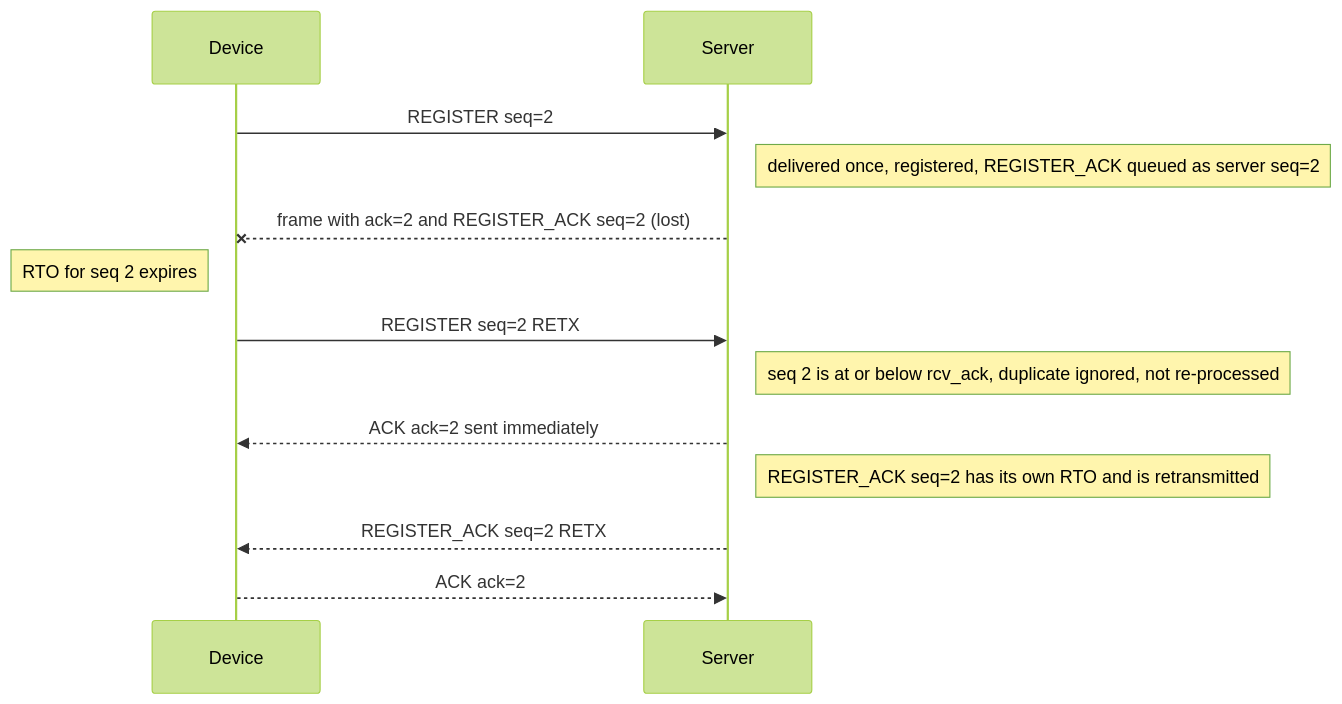
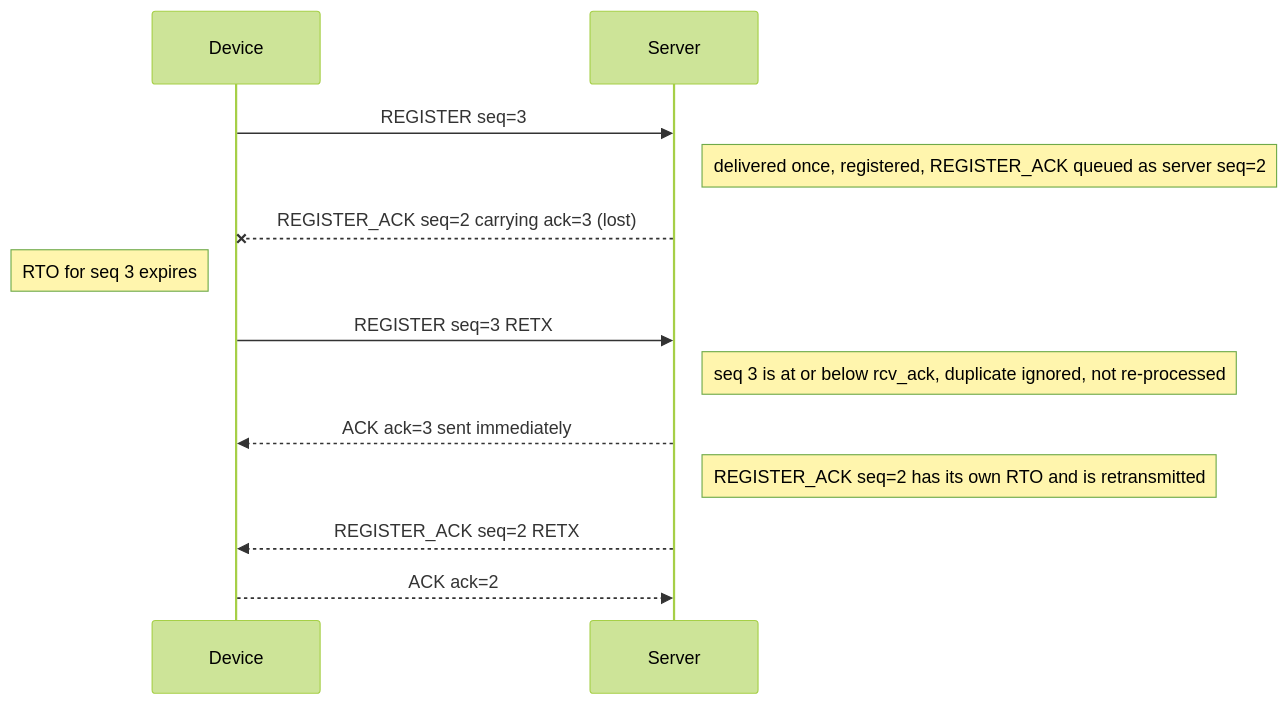
Before and after one commit to heysunilvk/ztp-project: the eighth of 22 diagrams in DESIGN.md, drawn with Mermaid (forest theme). The commit also changed other lines of this file and 2 other files, not shown here.

First line of the commit message:
Align docs with every PDF clause; add state machines and event-flow diagrams

````diff
--- a/DESIGN.md
+++ b/DESIGN.md
@@ -650,15 +809,15 @@
 ```mermaid
 sequenceDiagram
     participant D as Device
     participant S as Server
-    D->>S: REGISTER seq=2
+    D->>S: REGISTER seq=3
     Note right of S: delivered once, registered, REGISTER_ACK queued as server seq=2
-    S--xD: frame with ack=2 and REGISTER_ACK seq=2 (lost)
-    Note left of D: RTO for seq 2 expires
-    D->>S: REGISTER seq=2 RETX
-    Note right of S: seq 2 is at or below rcv_ack, duplicate ignored, not re-processed
-    S-->>D: ACK ack=2 sent immediately
+    S--xD: REGISTER_ACK seq=2 carrying ack=3 (lost)
+    Note left of D: RTO for seq 3 expires
+    D->>S: REGISTER seq=3 RETX
+    Note right of S: seq 3 is at or below rcv_ack, duplicate ignored, not re-processed
+    S-->>D: ACK ack=3 sent immediately
     Note right of S: REGISTER_ACK seq=2 has its own RTO and is retransmitted
     S-->>D: REGISTER_ACK seq=2 RETX
     D-->>S: ACK ack=2
 ```
````
